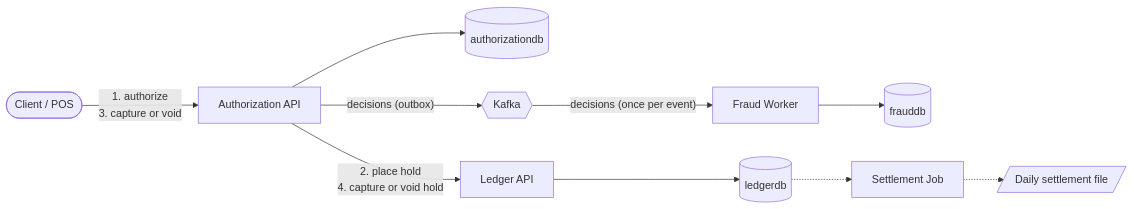
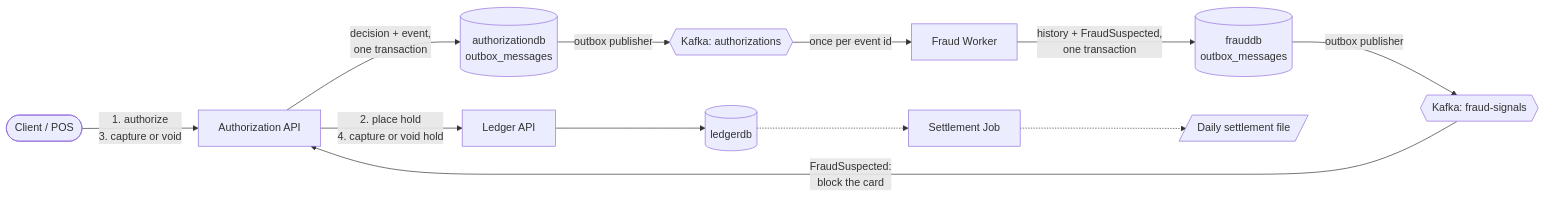
One commit to renato-aq/card-transaction-platform changed the first of 2 diagrams in README.md. Above: the diagram before and after it, drawn with Mermaid. The commit also changed other lines of this file, not shown here.

````diff
--- a/README.md
+++ b/README.md
@@ -12,12 +12,14 @@
 ```mermaid
 flowchart LR
     client([Client / POS]) -->|"1. authorize<br/>3. capture or void"| auth[Authorization API]
-    auth --> authdb[(authorizationdb)]
     auth -->|"2. place hold<br/>4. capture or void hold"| ledger[Ledger API]
     ledger --> ledgerdb[(ledgerdb)]
-    auth -->|"decisions (outbox)"| kafka{{Kafka}}
-    kafka -->|"decisions (once per event)"| fraud[Fraud Worker]
-    fraud --> frauddb[(frauddb)]
+    auth -->|"decision + event,<br/>one transaction"| authdb[("authorizationdb<br/>outbox_messages")]
+    authdb -->|"outbox publisher"| authorizations{{"Kafka: authorizations"}}
+    authorizations -->|"once per event id"| fraud[Fraud Worker]
+    fraud -->|"history + FraudSuspected,<br/>one transaction"| frauddb[("frauddb<br/>outbox_messages")]
+    frauddb -->|"outbox publisher"| signals{{"Kafka: fraud-signals"}}
+    signals -->|"FraudSuspected:<br/>block the card"| auth
     ledgerdb -.-> settlement[Settlement Job]
     settlement -.-> file[/Daily settlement file/]
 ```
````
